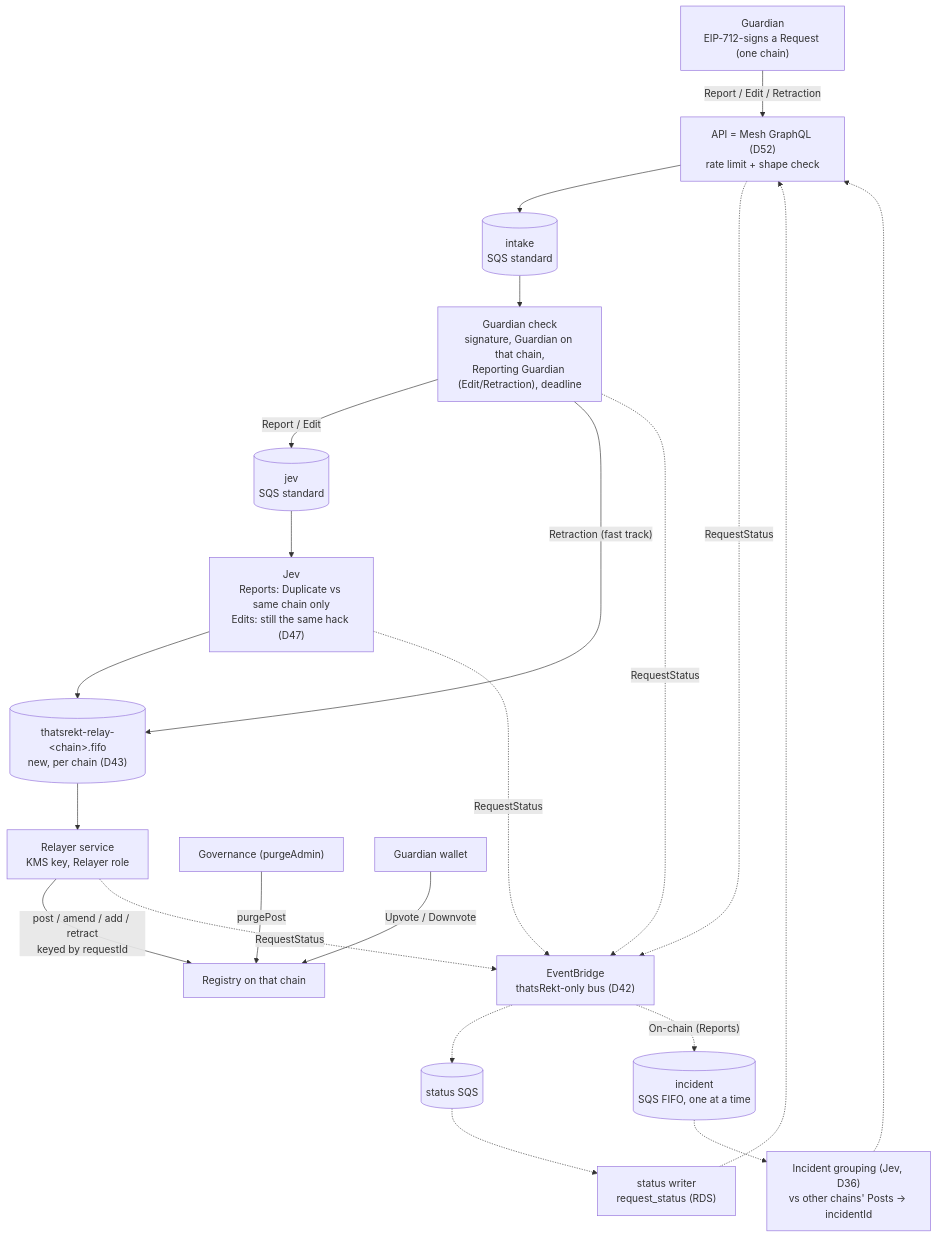
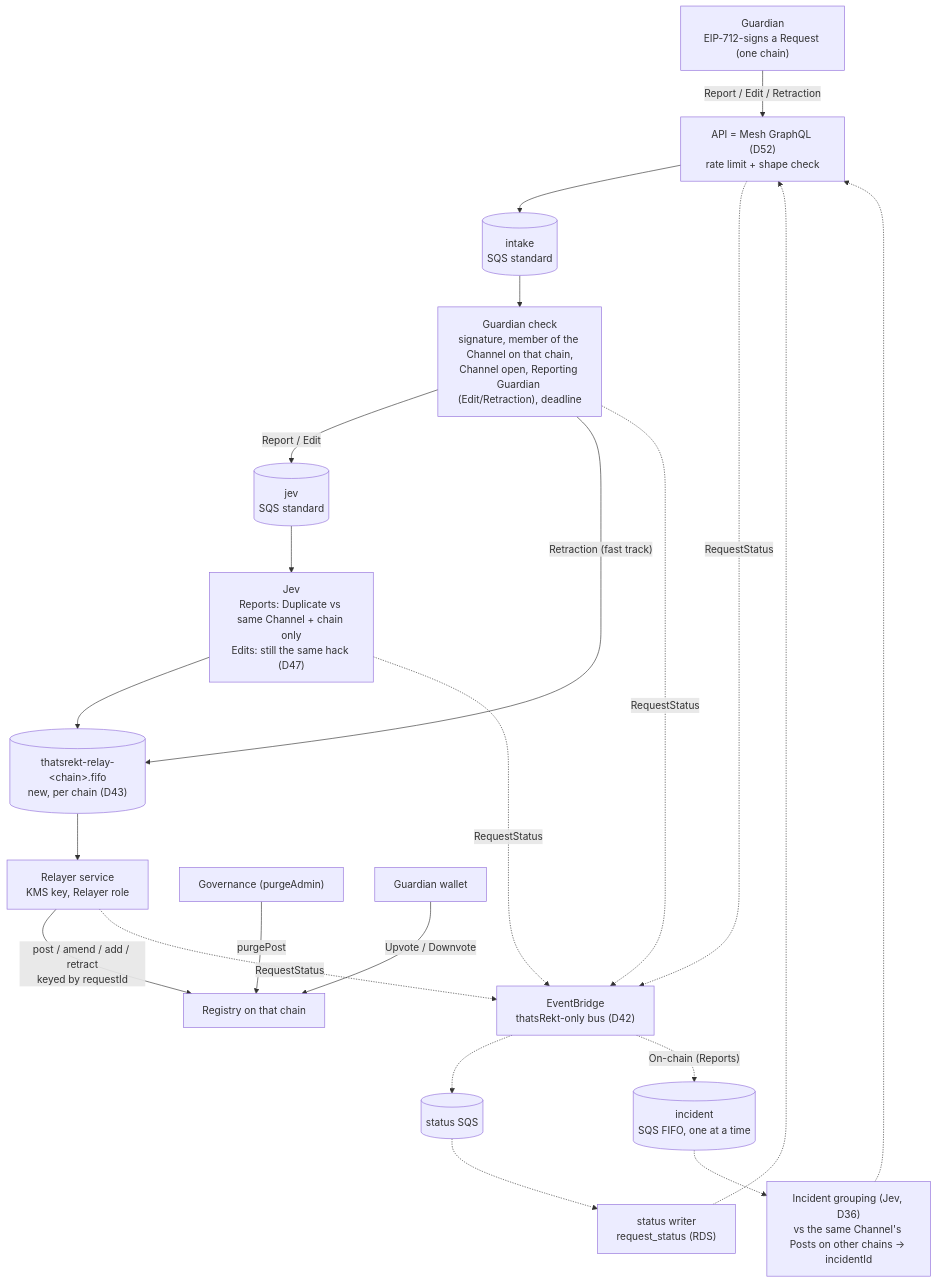
Before and after one commit to ThatsRekt/thatsRekt: the second of 3 diagrams in docs/intake-redesign.md, drawn with Mermaid. The commit also changed other lines of this file and 5 other files, not shown here.

````diff
--- a/docs/intake-redesign.md
+++ b/docs/intake-redesign.md
@@ -51,20 +51,20 @@
 ```mermaid
 flowchart TD
   G["Guardian<br/>EIP-712-signs a Request (one chain)"] -->|"Report / Edit / Retraction"| API["API = Mesh GraphQL (D52)<br/>rate limit + shape check"]
   API --> QI[("intake<br/>SQS standard")]
-  QI --> GC["Guardian check<br/>signature, Guardian on that chain,<br/>Reporting Guardian (Edit/Retraction), deadline"]
+  QI --> GC["Guardian check<br/>signature, member of the Channel on that chain,<br/>Channel open, Reporting Guardian (Edit/Retraction), deadline"]
   GC -->|"Report / Edit"| QJ[("jev<br/>SQS standard")]
   GC -->|"Retraction (fast track)"| QR
-  QJ --> JEV["Jev<br/>Reports: Duplicate vs same chain only<br/>Edits: still the same hack (D47)"]
+  QJ --> JEV["Jev<br/>Reports: Duplicate vs same Channel + chain only<br/>Edits: still the same hack (D47)"]
   JEV --> QR[("thatsrekt-relay-&lt;chain&gt;.fifo<br/>new, per chain (D43)")]
   QR --> RS["Relayer service<br/>KMS key, Relayer role"]
   RS -->|"post / amend / add / retract<br/>keyed by requestId"| C["Registry on that chain"]
   GOV["Governance (purgeAdmin)"] -->|"purgePost"| C
   GW["Guardian wallet"] -->|"Upvote / Downvote"| C
   API & GC & JEV & RS -.->|"RequestStatus"| BUS["EventBridge<br/>thatsRekt-only bus (D42)"]
   BUS -.-> QS[("status SQS")] -.-> SW["status writer<br/>request_status (RDS)"]
   SW -.-> API
   BUS -.->|"On-chain (Reports)"| QN[("incident<br/>SQS FIFO, one at a time")]
-  QN -.-> INC["Incident grouping (Jev, D36)<br/>vs other chains' Posts → incidentId"]
+  QN -.-> INC["Incident grouping (Jev, D36)<br/>vs the same Channel's Posts on other chains → incidentId"]
   INC -.-> API
 ```
````
